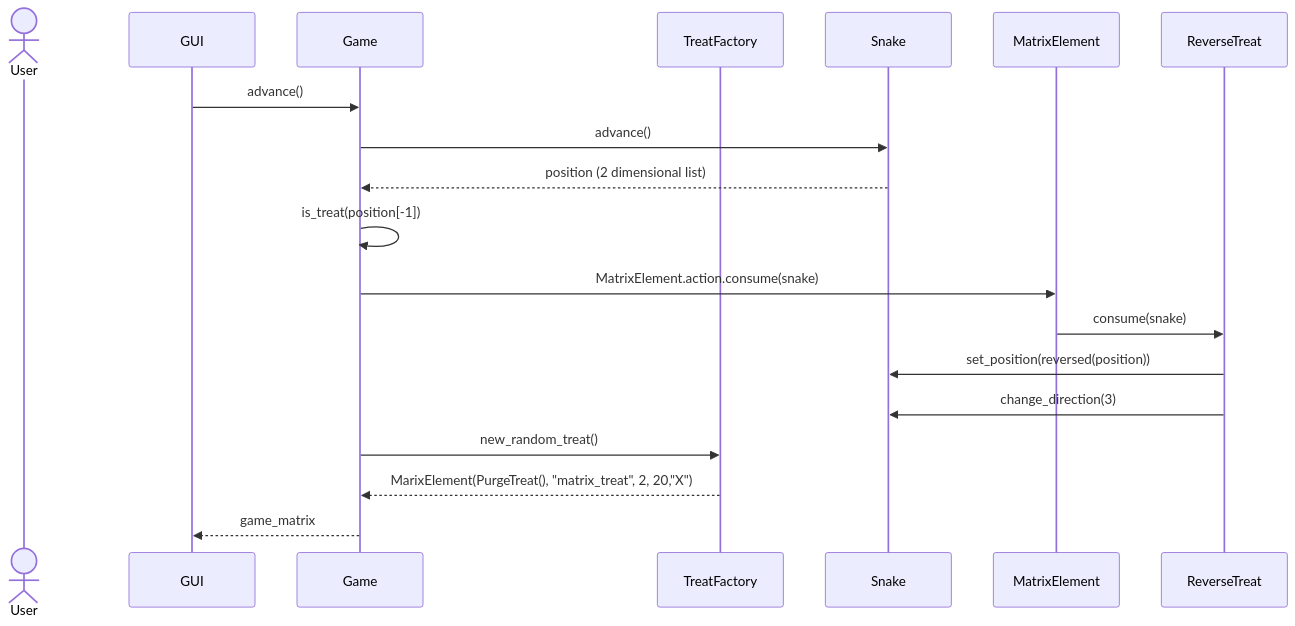
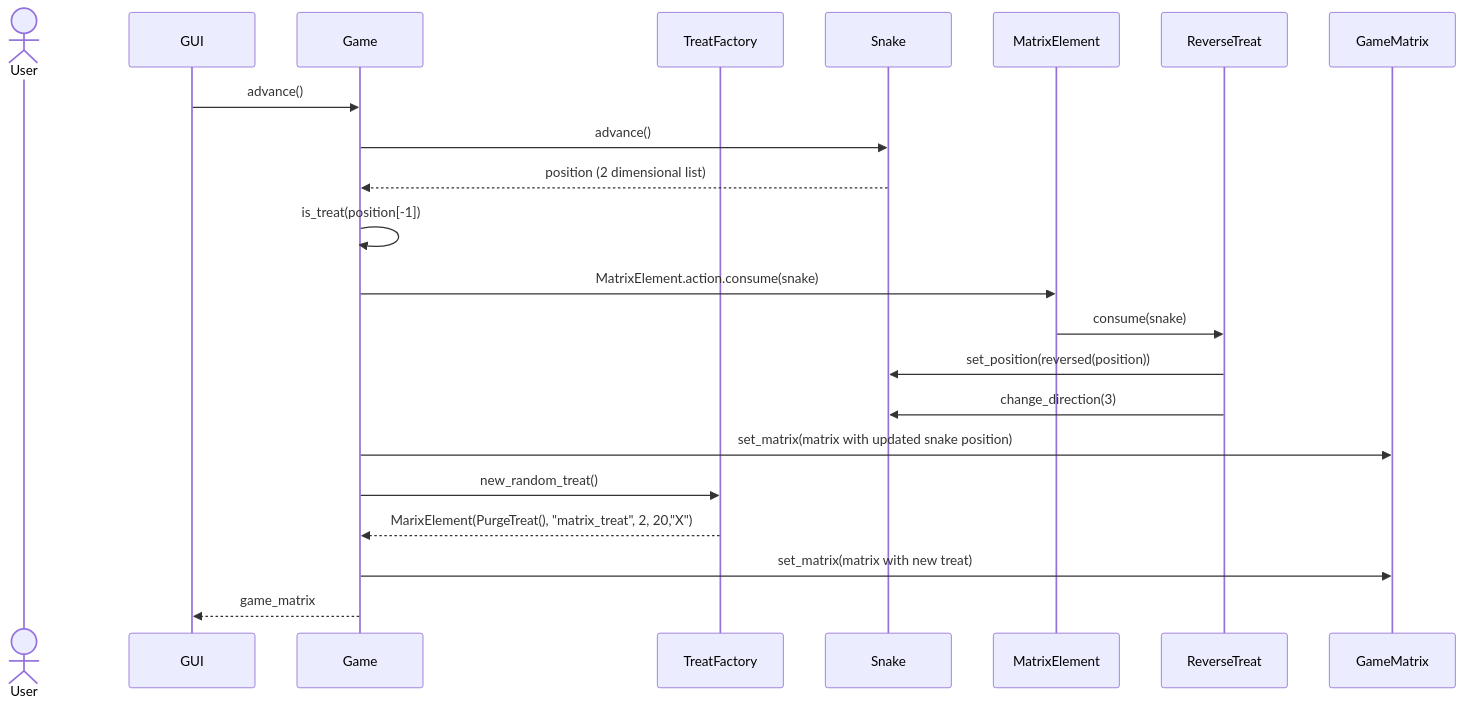
The second of 2 diagrams in dokumentaatio/arkkitehtuuri.md (SuperTLP/ot-harjoitustyo), drawn with Mermaid before and after one commit.

````diff
--- a/dokumentaatio/arkkitehtuuri.md
+++ b/dokumentaatio/arkkitehtuuri.md
@@ -81,21 +81,23 @@
 ```mermaid
 sequenceDiagram
   actor User
   participant GUI
   participant Game
   participant TreatFactory
   participant Snake
   participant MatrixElement
   participant ReverseTreat
   GUI->>Game:advance()
   Game->>Snake:advance()
   Snake-->>Game:position (2 dimensional list)
   Game->>Game:is_treat(position[-1])
   Game->>MatrixElement:MatrixElement.action.consume(snake)
   MatrixElement->>ReverseTreat:consume(snake)
   ReverseTreat->>Snake:set_position(reversed(position))
   ReverseTreat->>Snake: change_direction(3)
+  Game->>GameMatrix:set_matrix(matrix with updated snake position)
   Game->>TreatFactory:new_random_treat()
   TreatFactory-->>Game: MarixElement(PurgeTreat(), "matrix_treat", 2, 20,"X")
+  Game->>GameMatrix:set_matrix(matrix with new treat)
   Game-->>GUI:game_matrix 
 ```
````
